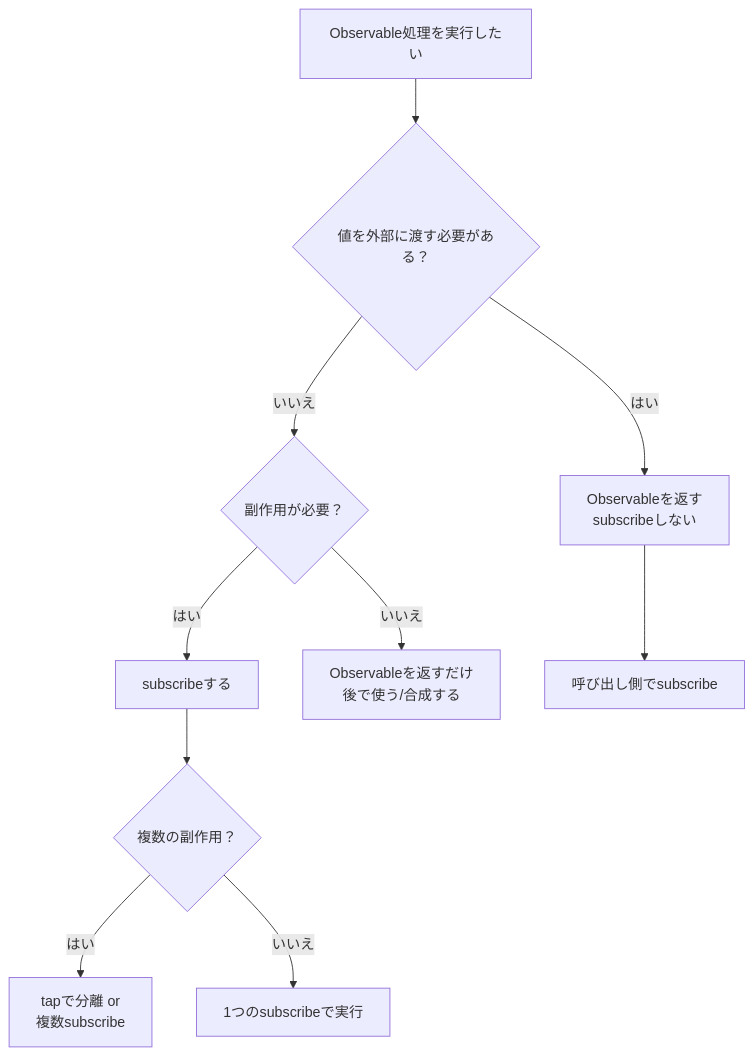
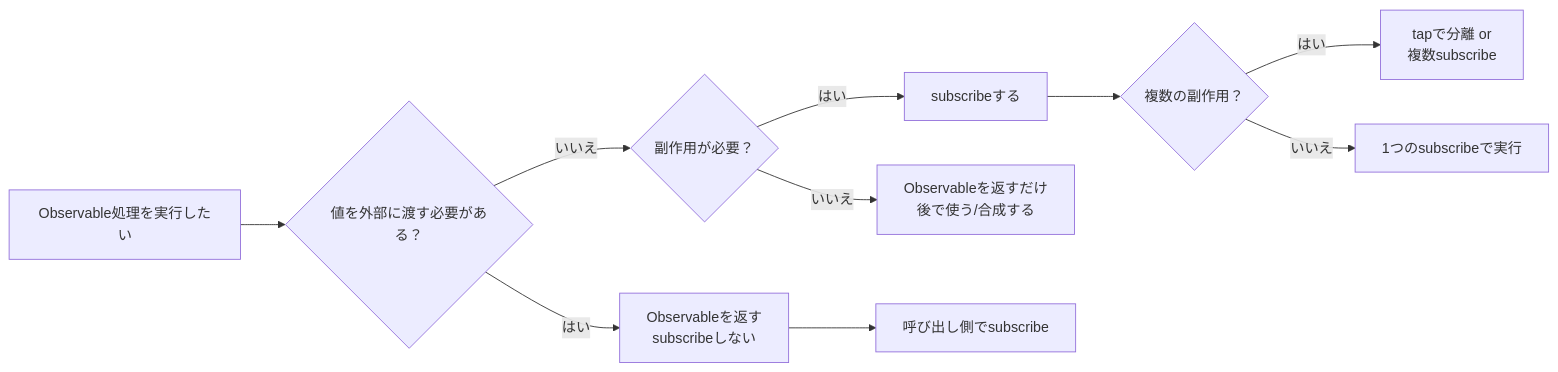
Before and after one commit to shuji-bonji/RxJS-with-TypeScript: the first of 3 diagrams in docs/guide/overcoming-difficulties/lifecycle-management.md, drawn with Mermaid. The commit also changed other lines of this file and 6 other files, not shown here.

Commit message:
fix: 視覚的説明の図を追加

````diff
--- a/docs/guide/overcoming-difficulties/lifecycle-management.md
+++ b/docs/guide/overcoming-difficulties/lifecycle-management.md
@@ -112,13 +112,13 @@
 ```mermaid
-graph TD
+graph LR
     A[Observable処理を実行したい] --> B{値を外部に渡す必要がある？}
     B -->|はい| C[Observableを返す<br/>subscribeしない]
     B -->|いいえ| D{副作用が必要？}
     D -->|はい| E[subscribeする]
     D -->|いいえ| F[Observableを返すだけ<br/>後で使う/合成する]
 
     C --> G[呼び出し側でsubscribe]
     E --> H{複数の副作用？}
     H -->|はい| I[tapで分離 or<br/>複数subscribe]
     H -->|いいえ| J[1つのsubscribeで実行]
 ```
````
